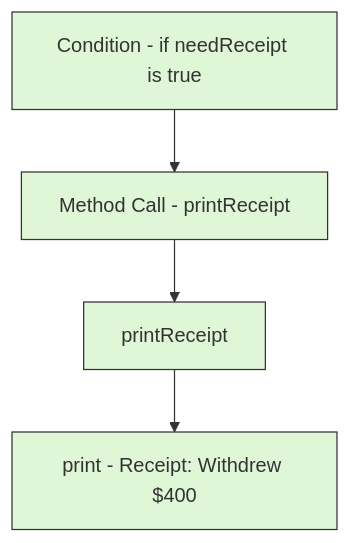
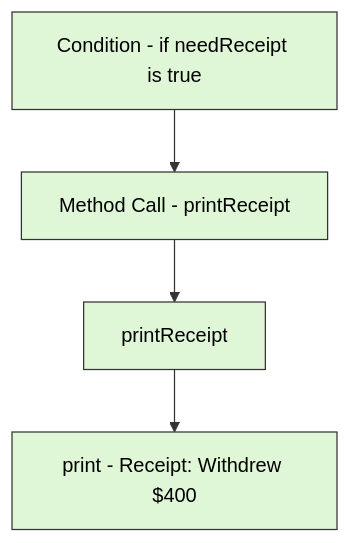
Before and after one commit to oppia/oppia-android: the sixth of 8 diagrams in wiki/Writing-tests-with-good-behavioral-coverage.md, drawn with Mermaid. The commit also changed other lines of this file, not shown here.

Commit message:
Setting the text color for the graphs to black as they weren't visible with dark mode

````diff
--- a/wiki/Writing-tests-with-good-behavioral-coverage.md
+++ b/wiki/Writing-tests-with-good-behavioral-coverage.md
@@ -1476,11 +1476,11 @@
 ```mermaid
 graph TD
     D[Condition - if needReceipt is true] --> E[Method Call - printReceipt]
     E --> F[printReceipt]
     F --> G[print - Receipt: Withdrew $400]
 
-    style D fill:#e0f7d7,stroke:#333,stroke-width:1px
-    style E fill:#e0f7d7,stroke:#333,stroke-width:1px
-    style F fill:#e0f7d7,stroke:#333,stroke-width:1px
-    style G fill:#e0f7d7,stroke:#333,stroke-width:1px
+    style D fill:#e0f7d7,stroke:#333,stroke-width:1px,color:#000000
+    style E fill:#e0f7d7,stroke:#333,stroke-width:1px,color:#000000
+    style F fill:#e0f7d7,stroke:#333,stroke-width:1px,color:#000000
+    style G fill:#e0f7d7,stroke:#333,stroke-width:1px,color:#000000
 ```
````
